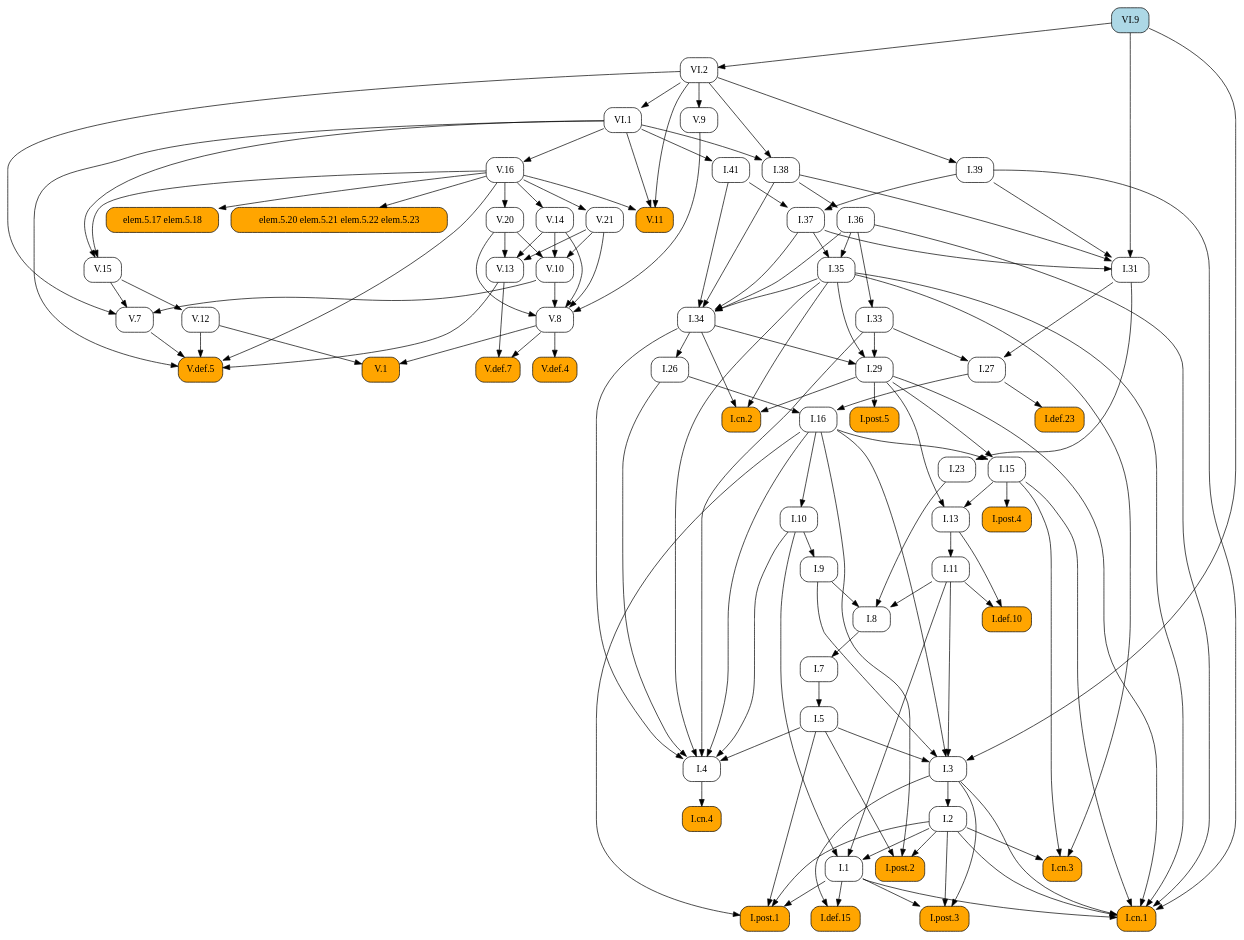
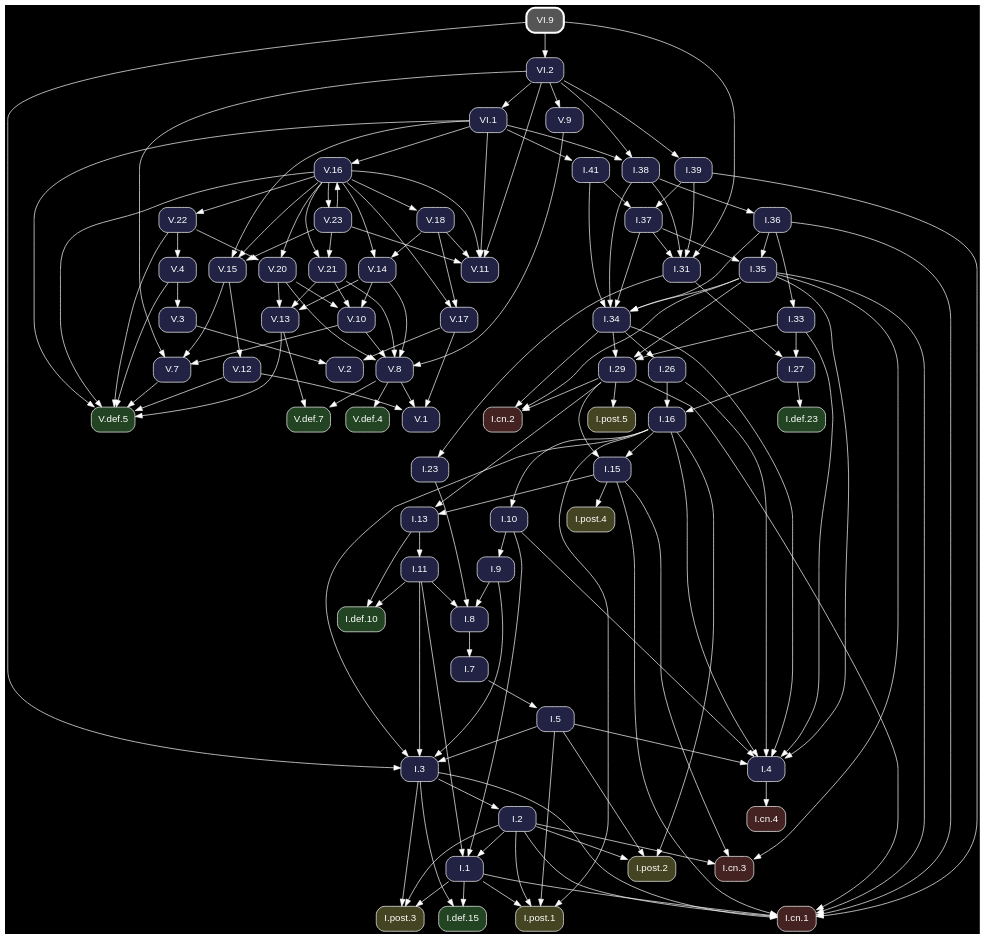
One commit to geometor/elements changed the diagram in docsrc/heath/VI/9/index.rst. Above: the diagram before and after it, drawn with Graphviz. The commit also changed other lines of this file and 1200 other files, not shown here.

Commit message:
update dependency graphs

```diff
--- a/docsrc/heath/VI/9/index.rst
+++ b/docsrc/heath/VI/9/index.rst
@@ -46,125 +46,95 @@
 .. graphviz::
 
    digraph {
+     bgcolor="black";
+     node [shape=box, style="rounded,filled", fontname="Helvetica", color="white", fontcolor="white"];
+     edge [color="white", fontcolor="white"];
      rankdir="TB";
-     node [shape=box, style=rounded];
-     "V.16" [URL="/heath/V/16/", target="_top"];
-     "I.23" [URL="/heath/I/23/", target="_top"];
-     "I.9" [URL="/heath/I/9/", target="_top"];
-     "I.33" [URL="/heath/I/33/", target="_top"];
-     "I.def.15" [style="rounded,filled", fillcolor=orange, URL="/heath/I/def.15/", target="_top"];
-     "V.13" [URL="/heath/V/13/", target="_top"];
-     "VI.9" [style="rounded,filled", fillcolor=lightblue, URL="/heath/VI/9/", target="_top"];
-     "V.7" [URL="/heath/V/7/", target="_top"];
-     "elem.5.17 elem.5.18" [style="rounded,filled", fillcolor=orange];
-     "I.post.3" [style="rounded,filled", fillcolor=orange, URL="/heath/I/post.3/", target="_top"];
-     "I.post.1" [style="rounded,filled", fillcolor=orange, URL="/heath/I/post.1/", target="_top"];
-     "V.14" [URL="/heath/V/14/", target="_top"];
-     "V.def.5" [style="rounded,filled", fillcolor=orange, URL="/heath/V/def.5/", target="_top"];
-     "V.9" [URL="/heath/V/9/", target="_top"];
-     "I.31" [URL="/heath/I/31/", target="_top"];
-     "V.10" [URL="/heath/V/10/", target="_top"];
-     "I.def.10" [style="rounded,filled", fillcolor=orange, URL="/heath/I/def.10/", target="_top"];
-     "VI.1" [URL="/heath/VI/1/", target="_top"];
-     "I.27" [URL="/heath/I/27/", target="_top"];
-     "I.39" [URL="/heath/I/39/", target="_top"];
-     "V.20" [URL="/heath/V/20/", target="_top"];
-     "V.11" [style="rounded,filled", fillcolor=orange, URL="/heath/V/11/", target="_top"];
-     "I.34" [URL="/heath/I/34/", target="_top"];
-     "V.12" [URL="/heath/V/12/", target="_top"];
-     "I.3" [URL="/heath/I/3/", target="_top"];
-     "V.def.4" [style="rounded,filled", fillcolor=orange, URL="/heath/V/def.4/", target="_top"];
-     "I.35" [URL="/heath/I/35/", target="_top"];
-     "I.cn.1" [style="rounded,filled", fillcolor=orange, URL="/heath/I/cn.1/", target="_top"];
-     "I.7" [URL="/heath/I/7/", target="_top"];
-     "V.def.7" [style="rounded,filled", fillcolor=orange, URL="/heath/V/def.7/", target="_top"];
-     "I.2" [URL="/heath/I/2/", target="_top"];
-     "V.21" [URL="/heath/V/21/", target="_top"];
-     "I.36" [URL="/heath/I/36/", target="_top"];
-     "I.13" [URL="/heath/I/13/", target="_top"];
-     "I.post.4" [style="rounded,filled", fillcolor=orange, URL="/heath/I/post.4/", target="_top"];
-     "I.4" [URL="/heath/I/4/", target="_top"];
-     "I.1" [URL="/heath/I/1/", target="_top"];
-     "I.5" [URL="/heath/I/5/", target="_top"];
-     "I.8" [URL="/heath/I/8/", target="_top"];
-     "I.37" [URL="/heath/I/37/", target="_top"];
-     "I.cn.3" [style="rounded,filled", fillcolor=orange, URL="/heath/I/cn.3/", target="_top"];
-     "I.29" [URL="/heath/I/29/", target="_top"];
-     "I.16" [URL="/heath/I/16/", target="_top"];
-     "I.38" [URL="/heath/I/38/", target="_top"];
-     "V.8" [URL="/heath/V/8/", target="_top"];
-     "I.15" [URL="/heath/I/15/", target="_top"];
-     "I.10" [URL="/heath/I/10/", target="_top"];
-     "V.1" [style="rounded,filled", fillcolor=orange, URL="/heath/V/1/", target="_top"];
-     "I.def.23" [style="rounded,filled", fillcolor=orange, URL="/heath/I/def.23/", target="_top"];
-     "I.11" [URL="/heath/I/11/", target="_top"];
-     "I.cn.2" [style="rounded,filled", fillcolor=orange, URL="/heath/I/cn.2/", target="_top"];
-     "I.post.5" [style="rounded,filled", fillcolor=orange, URL="/heath/I/post.5/", target="_top"];
-     "VI.2" [URL="/heath/VI/2/", target="_top"];
-     "I.cn.4" [style="rounded,filled", fillcolor=orange, URL="/heath/I/cn.4/", target="_top"];
-     "I.post.2" [style="rounded,filled", fillcolor=orange, URL="/heath/I/post.2/", target="_top"];
-     "I.41" [URL="/heath/I/41/", target="_top"];
-     "V.15" [URL="/heath/V/15/", target="_top"];
-     "I.26" [URL="/heath/I/26/", target="_top"];
-     "elem.5.20 elem.5.21 elem.5.22 elem.5.23" [style="rounded,filled", fillcolor=orange];
-     "VI.1" -> "V.16";
-     "I.31" -> "I.23";
-     "I.10" -> "I.9";
-     "I.36" -> "I.33";
-     "I.1" -> "I.def.15";
-     "I.3" -> "I.def.15";
-     "V.14" -> "V.13";
-     "V.20" -> "V.13";
-     "V.21" -> "V.13";
-     "V.10" -> "V.7";
-     "V.15" -> "V.7";
-     "VI.2" -> "V.7";
-     "V.16" -> "elem.5.17 elem.5.18";
-     "I.1" -> "I.post.3";
-     "I.2" -> "I.post.3";
-     "I.3" -> "I.post.3";
-     "I.1" -> "I.post.1";
-     "I.2" -> "I.post.1";
-     "I.5" -> "I.post.1";
-     "I.16" -> "I.post.1";
-     "V.16" -> "V.14";
+     "V.15" [fillcolor="#222244", URL="/heath/V/15/", target="_top"];
+     "V.def.5" [fillcolor="#224422", URL="/heath/V/def.5/", target="_top"];
+     "V.22" [fillcolor="#222244", URL="/heath/V/22/", target="_top"];
+     "I.31" [fillcolor="#222244", URL="/heath/I/31/", target="_top"];
+     "I.3" [fillcolor="#222244", URL="/heath/I/3/", target="_top"];
+     "V.12" [fillcolor="#222244", URL="/heath/V/12/", target="_top"];
+     "I.cn.1" [fillcolor="#442222", URL="/heath/I/cn.1/", target="_top"];
+     "V.18" [fillcolor="#222244", URL="/heath/V/18/", target="_top"];
+     "I.15" [fillcolor="#222244", URL="/heath/I/15/", target="_top"];
+     "V.14" [fillcolor="#222244", URL="/heath/V/14/", target="_top"];
+     "I.def.10" [fillcolor="#224422", URL="/heath/I/def.10/", target="_top"];
+     "I.39" [fillcolor="#222244", URL="/heath/I/39/", target="_top"];
+     "I.13" [fillcolor="#222244", URL="/heath/I/13/", target="_top"];
+     "I.27" [fillcolor="#222244", URL="/heath/I/27/", target="_top"];
+     "V.23" [fillcolor="#222244", URL="/heath/V/23/", target="_top"];
+     "I.2" [fillcolor="#222244", URL="/heath/I/2/", target="_top"];
+     "I.41" [fillcolor="#222244", URL="/heath/I/41/", target="_top"];
+     "I.cn.2" [fillcolor="#442222", URL="/heath/I/cn.2/", target="_top"];
+     "I.9" [fillcolor="#222244", URL="/heath/I/9/", target="_top"];
+     "I.1" [fillcolor="#222244", URL="/heath/I/1/", target="_top"];
+     "I.post.5" [fillcolor="#444422", URL="/heath/I/post.5/", target="_top"];
+     "I.post.4" [fillcolor="#444422", URL="/heath/I/post.4/", target="_top"];
+     "I.23" [fillcolor="#222244", URL="/heath/I/23/", target="_top"];
+     "I.26" [fillcolor="#222244", URL="/heath/I/26/", target="_top"];
+     "I.8" [fillcolor="#222244", URL="/heath/I/8/", target="_top"];
+     "I.4" [fillcolor="#222244", URL="/heath/I/4/", target="_top"];
+     "V.4" [fillcolor="#222244", URL="/heath/V/4/", target="_top"];
+     "V.16" [fillcolor="#222244", URL="/heath/V/16/", target="_top"];
+     "VI.2" [fillcolor="#222244", URL="/heath/VI/2/", target="_top"];
+     "I.7" [fillcolor="#222244", URL="/heath/I/7/", target="_top"];
+     "V.7" [fillcolor="#222244", URL="/heath/V/7/", target="_top"];
+     "I.5" [fillcolor="#222244", URL="/heath/I/5/", target="_top"];
+     "V.9" [fillcolor="#222244", URL="/heath/V/9/", target="_top"];
+     "VI.1" [fillcolor="#222244", URL="/heath/VI/1/", target="_top"];
+     "I.10" [fillcolor="#222244", URL="/heath/I/10/", target="_top"];
+     "VI.9" [penwidth=3, color="white", fillcolor="#555555", URL="/heath/VI/9/", target="_top"];
+     "V.11" [fillcolor="#222244", URL="/heath/V/11/", target="_top"];
+     "V.def.7" [fillcolor="#224422", URL="/heath/V/def.7/", target="_top"];
+     "I.post.1" [fillcolor="#444422", URL="/heath/I/post.1/", target="_top"];
+     "V.def.4" [fillcolor="#224422", URL="/heath/V/def.4/", target="_top"];
+     "V.20" [fillcolor="#222244", URL="/heath/V/20/", target="_top"];
+     "I.11" [fillcolor="#222244", URL="/heath/I/11/", target="_top"];
+     "I.16" [fillcolor="#222244", URL="/heath/I/16/", target="_top"];
+     "I.37" [fillcolor="#222244", URL="/heath/I/37/", target="_top"];
+     "I.cn.3" [fillcolor="#442222", URL="/heath/I/cn.3/", target="_top"];
+     "I.36" [fillcolor="#222244", URL="/heath/I/36/", target="_top"];
+     "I.38" [fillcolor="#222244", URL="/heath/I/38/", target="_top"];
+     "I.post.2" [fillcolor="#444422", URL="/heath/I/post.2/", target="_top"];
+     "I.29" [fillcolor="#222244", URL="/heath/I/29/", target="_top"];
+     "I.cn.4" [fillcolor="#442222", URL="/heath/I/cn.4/", target="_top"];
+     "I.def.23" [fillcolor="#224422", URL="/heath/I/def.23/", target="_top"];
+     "V.2" [fillcolor="#222244", URL="/heath/V/2/", target="_top"];
+     "I.35" [fillcolor="#222244", URL="/heath/I/35/", target="_top"];
+     "V.1" [fillcolor="#222244", URL="/heath/V/1/", target="_top"];
+     "I.post.3" [fillcolor="#444422", URL="/heath/I/post.3/", target="_top"];
+     "V.13" [fillcolor="#222244", URL="/heath/V/13/", target="_top"];
+     "V.8" [fillcolor="#222244", URL="/heath/V/8/", target="_top"];
+     "I.33" [fillcolor="#222244", URL="/heath/I/33/", target="_top"];
+     "V.21" [fillcolor="#222244", URL="/heath/V/21/", target="_top"];
+     "I.34" [fillcolor="#222244", URL="/heath/I/34/", target="_top"];
+     "I.def.15" [fillcolor="#224422", URL="/heath/I/def.15/", target="_top"];
+     "V.3" [fillcolor="#222244", URL="/heath/V/3/", target="_top"];
+     "V.17" [fillcolor="#222244", URL="/heath/V/17/", target="_top"];
+     "V.10" [fillcolor="#222244", URL="/heath/V/10/", target="_top"];
+     "V.16" -> "V.15";
+     "V.23" -> "V.15";
+     "VI.1" -> "V.15";
+     "V.4" -> "V.def.5";
      "V.7" -> "V.def.5";
      "V.12" -> "V.def.5";
      "V.13" -> "V.def.5";
      "V.16" -> "V.def.5";
+     "V.22" -> "V.def.5";
      "VI.1" -> "V.def.5";
-     "VI.2" -> "V.9";
+     "V.16" -> "V.22";
      "I.37" -> "I.31";
      "I.38" -> "I.31";
      "I.39" -> "I.31";
      "VI.9" -> "I.31";
-     "V.14" -> "V.10";
-     "V.20" -> "V.10";
-     "V.21" -> "V.10";
-     "I.11" -> "I.def.10";
-     "I.13" -> "I.def.10";
-     "VI.2" -> "VI.1";
-     "I.31" -> "I.27";
-     "I.33" -> "I.27";
-     "VI.2" -> "I.39";
-     "V.16" -> "V.20";
-     "V.16" -> "V.11";
-     "VI.1" -> "V.11";
-     "VI.2" -> "V.11";
-     "I.35" -> "I.34";
-     "I.36" -> "I.34";
-     "I.37" -> "I.34";
-     "I.38" -> "I.34";
-     "I.41" -> "I.34";
-     "V.15" -> "V.12";
      "I.5" -> "I.3";
      "I.9" -> "I.3";
      "I.11" -> "I.3";
      "I.16" -> "I.3";
      "VI.9" -> "I.3";
-     "V.8" -> "V.def.4";
-     "I.36" -> "I.35";
-     "I.37" -> "I.35";
+     "V.15" -> "V.12";
      "I.1" -> "I.cn.1";
      "I.2" -> "I.cn.1";
      "I.3" -> "I.cn.1";
@@ -173,15 +143,35 @@
      "I.35" -> "I.cn.1";
      "I.36" -> "I.cn.1";
      "I.39" -> "I.cn.1";
-     "I.8" -> "I.7";
-     "V.8" -> "V.def.7";
-     "V.13" -> "V.def.7";
-     "I.3" -> "I.2";
-     "V.16" -> "V.21";
-     "I.38" -> "I.36";
+     "V.16" -> "V.18";
+     "I.16" -> "I.15";
+     "I.29" -> "I.15";
+     "V.16" -> "V.14";
+     "V.18" -> "V.14";
+     "I.11" -> "I.def.10";
+     "I.13" -> "I.def.10";
+     "VI.2" -> "I.39";
      "I.15" -> "I.13";
      "I.29" -> "I.13";
+     "I.31" -> "I.27";
+     "I.33" -> "I.27";
+     "V.16" -> "V.23";
+     "I.3" -> "I.2";
+     "VI.1" -> "I.41";
+     "I.29" -> "I.cn.2";
+     "I.34" -> "I.cn.2";
+     "I.35" -> "I.cn.2";
+     "I.10" -> "I.9";
+     "I.2" -> "I.1";
+     "I.10" -> "I.1";
+     "I.11" -> "I.1";
+     "I.29" -> "I.post.5";
      "I.15" -> "I.post.4";
+     "I.31" -> "I.23";
+     "I.34" -> "I.26";
+     "I.9" -> "I.8";
+     "I.11" -> "I.8";
+     "I.23" -> "I.8";
      "I.5" -> "I.4";
      "I.10" -> "I.4";
      "I.16" -> "I.4";
@@ -189,49 +179,83 @@
      "I.33" -> "I.4";
      "I.34" -> "I.4";
      "I.35" -> "I.4";
-     "I.2" -> "I.1";
-     "I.10" -> "I.1";
-     "I.11" -> "I.1";
+     "V.22" -> "V.4";
+     "V.23" -> "V.16";
+     "VI.1" -> "V.16";
+     "VI.9" -> "VI.2";
+     "I.8" -> "I.7";
+     "V.10" -> "V.7";
+     "V.15" -> "V.7";
+     "VI.2" -> "V.7";
      "I.7" -> "I.5";
-     "I.9" -> "I.8";
-     "I.11" -> "I.8";
-     "I.23" -> "I.8";
+     "VI.2" -> "V.9";
+     "VI.2" -> "VI.1";
+     "I.16" -> "I.10";
+     "V.16" -> "V.11";
+     "V.18" -> "V.11";
+     "V.23" -> "V.11";
+     "VI.1" -> "V.11";
+     "VI.2" -> "V.11";
+     "V.8" -> "V.def.7";
+     "V.13" -> "V.def.7";
+     "I.1" -> "I.post.1";
+     "I.2" -> "I.post.1";
+     "I.5" -> "I.post.1";
+     "I.16" -> "I.post.1";
+     "V.8" -> "V.def.4";
+     "V.16" -> "V.20";
+     "V.22" -> "V.20";
+     "I.13" -> "I.11";
+     "I.26" -> "I.16";
+     "I.27" -> "I.16";
      "I.39" -> "I.37";
      "I.41" -> "I.37";
      "I.2" -> "I.cn.3";
      "I.15" -> "I.cn.3";
      "I.35" -> "I.cn.3";
+     "I.38" -> "I.36";
+     "VI.1" -> "I.38";
+     "VI.2" -> "I.38";
+     "I.2" -> "I.post.2";
+     "I.5" -> "I.post.2";
+     "I.16" -> "I.post.2";
      "I.33" -> "I.29";
      "I.34" -> "I.29";
      "I.35" -> "I.29";
-     "I.26" -> "I.16";
-     "I.27" -> "I.16";
-     "VI.1" -> "I.38";
-     "VI.2" -> "I.38";
+     "I.4" -> "I.cn.4";
+     "I.27" -> "I.def.23";
+     "V.3" -> "V.2";
+     "V.17" -> "V.2";
+     "I.36" -> "I.35";
+     "I.37" -> "I.35";
+     "V.8" -> "V.1";
+     "V.12" -> "V.1";
+     "V.17" -> "V.1";
+     "I.1" -> "I.post.3";
+     "I.2" -> "I.post.3";
+     "I.3" -> "I.post.3";
+     "V.14" -> "V.13";
+     "V.20" -> "V.13";
+     "V.21" -> "V.13";
      "V.9" -> "V.8";
      "V.10" -> "V.8";
      "V.14" -> "V.8";
      "V.20" -> "V.8";
      "V.21" -> "V.8";
-     "I.16" -> "I.15";
-     "I.29" -> "I.15";
-     "I.16" -> "I.10";
-     "V.8" -> "V.1";
-     "V.12" -> "V.1";
-     "I.27" -> "I.def.23";
-     "I.13" -> "I.11";
-     "I.29" -> "I.cn.2";
-     "I.34" -> "I.cn.2";
-     "I.35" -> "I.cn.2";
-     "I.29" -> "I.post.5";
-     "VI.9" -> "VI.2";
-     "I.4" -> "I.cn.4";
-     "I.2" -> "I.post.2";
-     "I.5" -> "I.post.2";
-     "I.16" -> "I.post.2";
-     "VI.1" -> "I.41";
-     "V.16" -> "V.15";
-     "VI.1" -> "V.15";
-     "I.34" -> "I.26";
-     "V.16" -> "elem.5.20 elem.5.21 elem.5.22 elem.5.23";
+     "I.36" -> "I.33";
+     "V.16" -> "V.21";
+     "V.23" -> "V.21";
+     "I.35" -> "I.34";
+     "I.36" -> "I.34";
+     "I.37" -> "I.34";
+     "I.38" -> "I.34";
+     "I.41" -> "I.34";
+     "I.1" -> "I.def.15";
+     "I.3" -> "I.def.15";
+     "V.4" -> "V.3";
+     "V.16" -> "V.17";
+     "V.18" -> "V.17";
+     "V.14" -> "V.10";
+     "V.20" -> "V.10";
+     "V.21" -> "V.10";
    }
```
